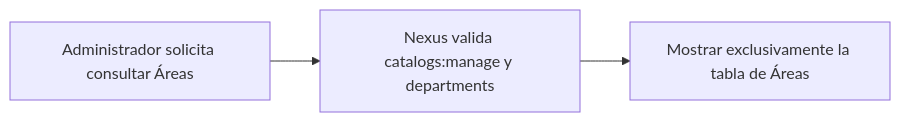
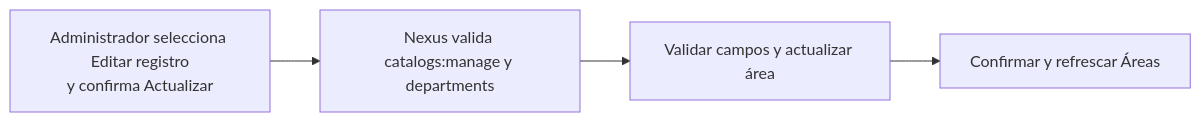
The diagram in docs/requirements/diagrams/catalogs/cu-cat-27.md (gpgsistemas01/nexus), drawn with Mermaid before and after one commit. The commit also changed other lines of this file and 207 other files, not shown here.

````diff
--- a/docs/requirements/diagrams/catalogs/cu-cat-27.md
+++ b/docs/requirements/diagrams/catalogs/cu-cat-27.md
@@ -3,5 +3,6 @@
 ```mermaid
 flowchart LR
-    request["Administrador solicita consultar Áreas"] --> authorize["Nexus valida catalogs:manage y departments"]
-    authorize --> result["Mostrar exclusivamente la tabla de Áreas"]
+    request["Administrador selecciona Editar registro<br/>y confirma Actualizar"] --> authorize["Nexus valida catalogs:manage y departments"]
+    authorize --> persist["Validar campos y actualizar área"]
+    persist --> result["Confirmar y refrescar Áreas"]
 ```
````
